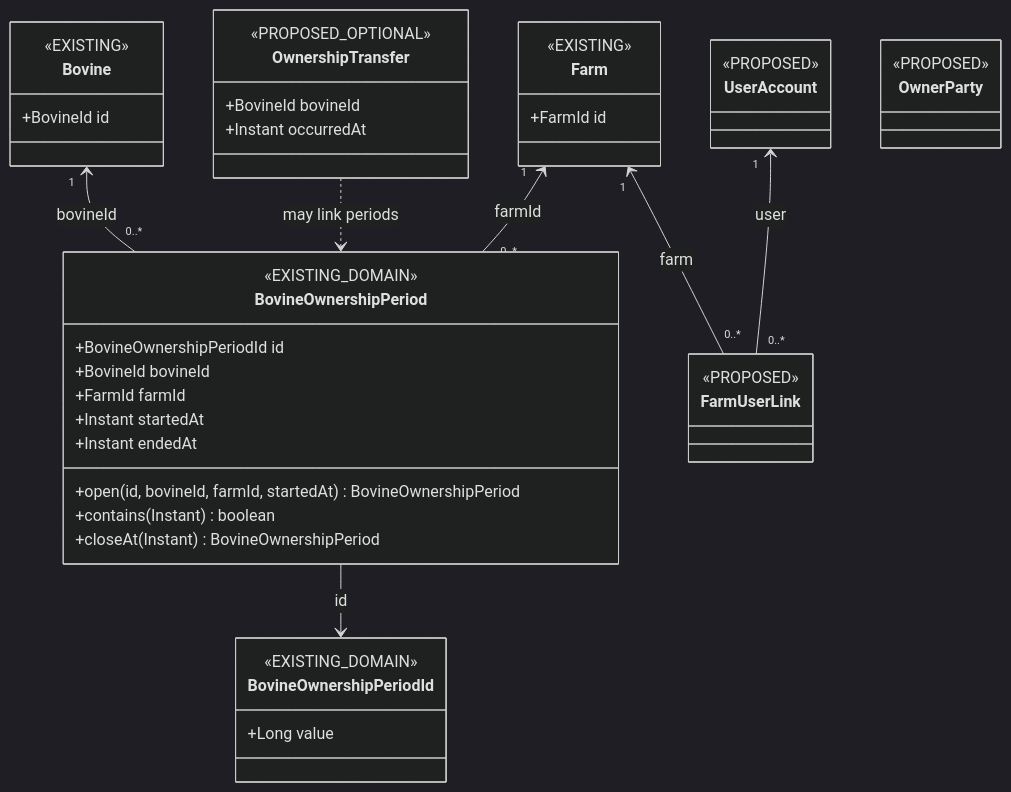
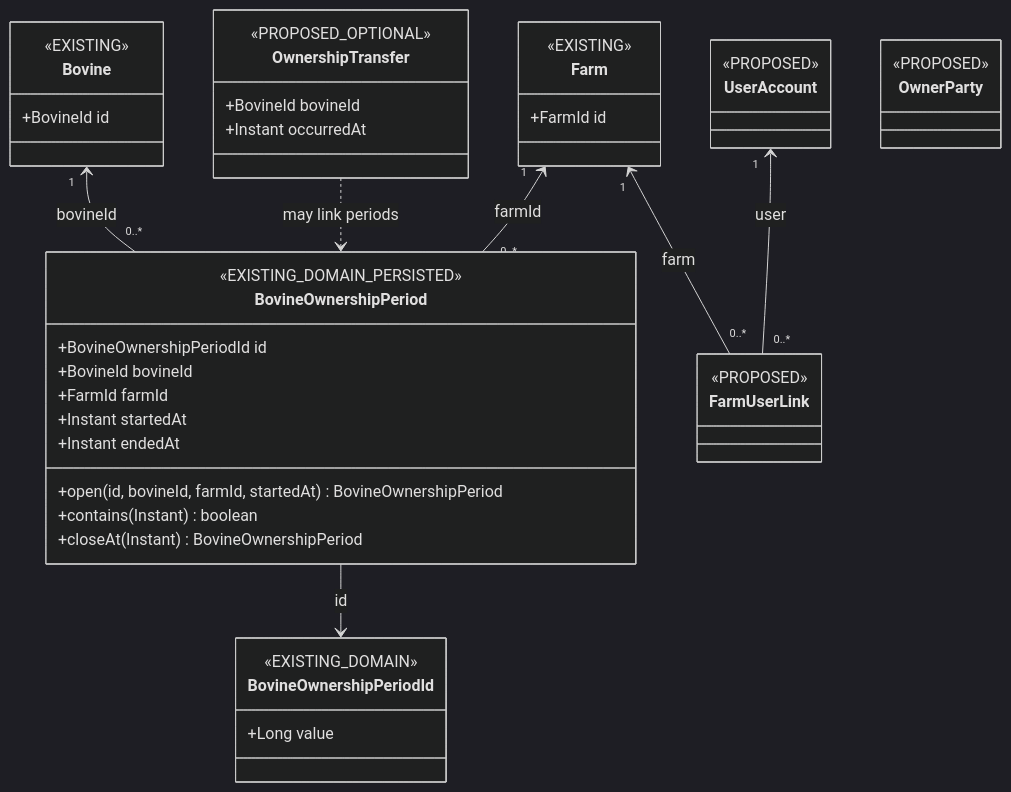
Before and after one commit to AlbertoVilar/bovigestor-backend: the sixth of 8 diagrams in docs/04-diagrams/CLASS_DIAGRAMS.md, drawn with Mermaid (dark theme). The commit also changed other lines of this file and 94 other files, not shown here.

````diff
--- a/docs/04-diagrams/CLASS_DIAGRAMS.md
+++ b/docs/04-diagrams/CLASS_DIAGRAMS.md
@@ -355,46 +314,46 @@
 ```mermaid
 classDiagram
     class Farm {
         <<EXISTING>>
         +FarmId id
     }
     class Bovine {
         <<EXISTING>>
         +BovineId id
     }
     class BovineOwnershipPeriod {
-        <<EXISTING_DOMAIN>>
+        <<EXISTING_DOMAIN_PERSISTED>>
         +BovineOwnershipPeriodId id
         +BovineId bovineId
         +FarmId farmId
         +Instant startedAt
         +Instant endedAt
         +open(id, bovineId, farmId, startedAt) BovineOwnershipPeriod
         +contains(Instant) boolean
         +closeAt(Instant) BovineOwnershipPeriod
     }
     class BovineOwnershipPeriodId {
         <<EXISTING_DOMAIN>>
         +Long value
     }
     class OwnershipTransfer {
         <<PROPOSED_OPTIONAL>>
         +BovineId bovineId
         +Instant occurredAt
     }
     class UserAccount {
         <<PROPOSED>>
     }
     class FarmUserLink {
         <<PROPOSED>>
     }
     class OwnerParty {
         <<PROPOSED>>
     }
     Bovine "1" <-- "0..*" BovineOwnershipPeriod : bovineId
     Farm "1" <-- "0..*" BovineOwnershipPeriod : farmId
     BovineOwnershipPeriod --> BovineOwnershipPeriodId : id
     UserAccount "1" <-- "0..*" FarmUserLink : user
     Farm "1" <-- "0..*" FarmUserLink : farm
     OwnershipTransfer ..> BovineOwnershipPeriod : may link periods
 ```
````
